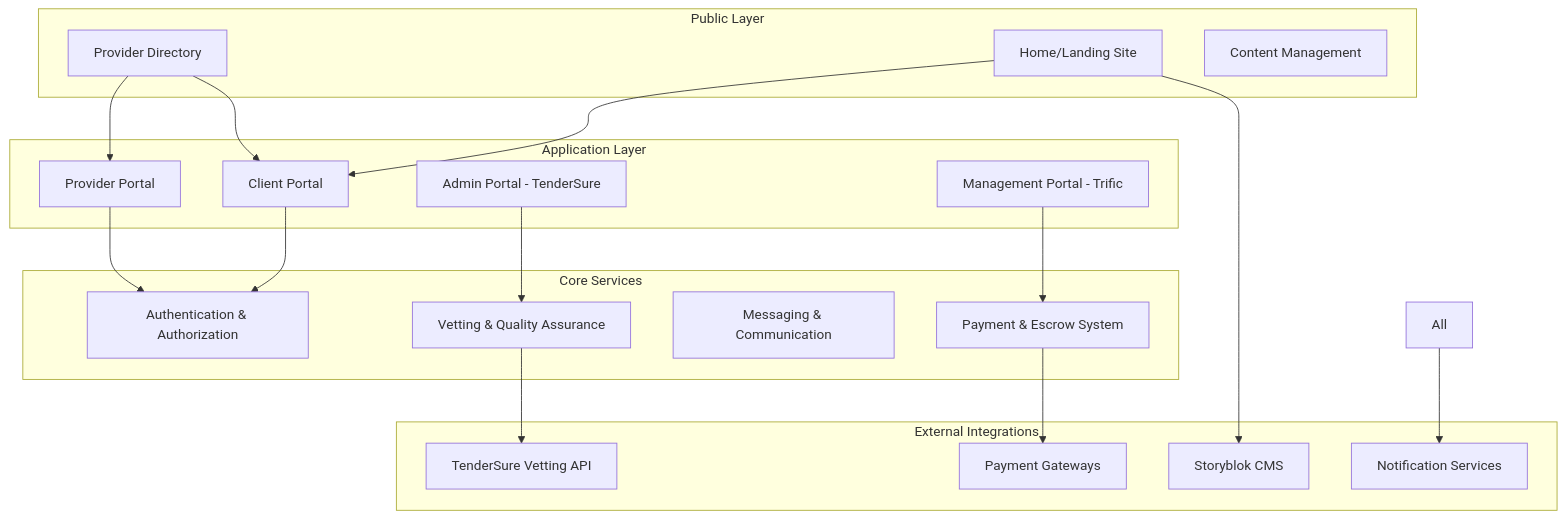
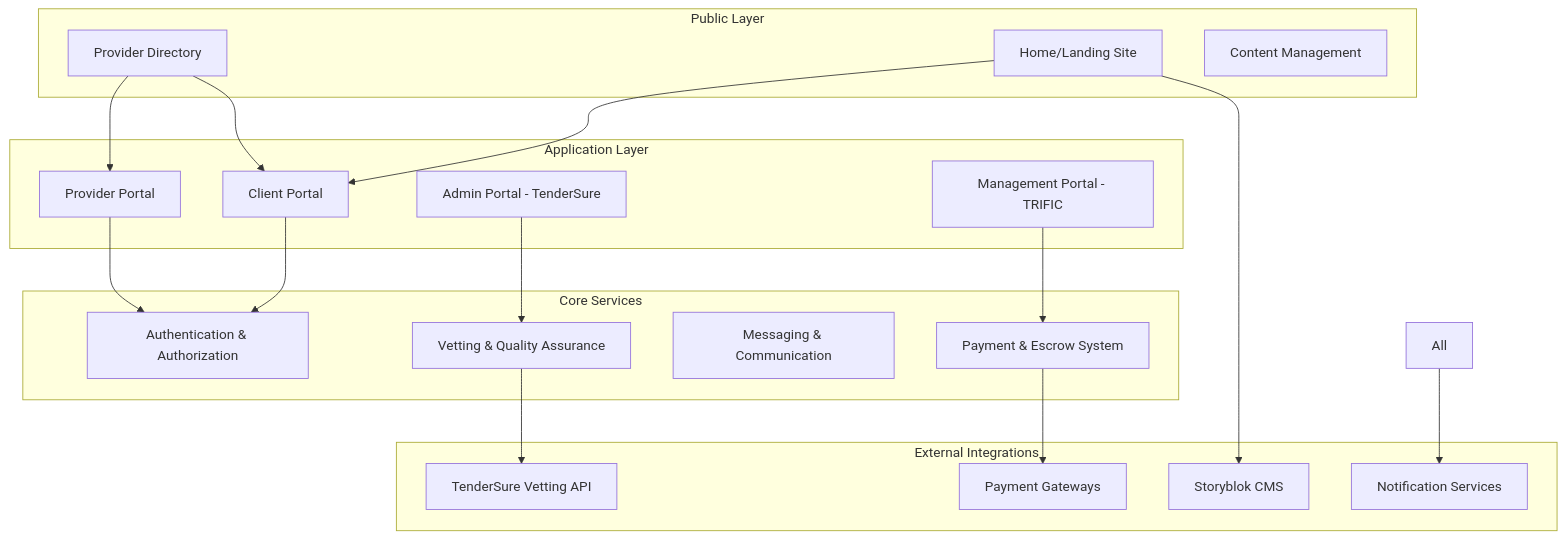
One commit to TenderSure-Africa-SEZ/trific-platform-docs changed the diagram in docs/getting-started/index.md. Above: the diagram before and after it, drawn with Mermaid. The commit also changed other lines of this file and 73 other files, not shown here.

````diff
--- a/docs/getting-started/index.md
+++ b/docs/getting-started/index.md
@@ -34,41 +34,41 @@
 ```mermaid
 graph TB
     subgraph "Public Layer"
         A[Home/Landing Site]
         B[Provider Directory]
         C[Content Management]
     end
 
     subgraph "Application Layer"
         D[Client Portal]
         E[Provider Portal]
         F[Admin Portal - TenderSure]
-        G[Management Portal - Trific]
+        G[Management Portal - TRIFIC]
     end
 
     subgraph "Core Services"
         H[Authentication & Authorization]
         I[Payment & Escrow System]
         J[Messaging & Communication]
         K[Vetting & Quality Assurance]
     end
 
     subgraph "External Integrations"
         L[TenderSure Vetting API]
         M[Payment Gateways]
         N[Storyblok CMS]
         O[Notification Services]
     end
 
     A --> D
     B --> D
     B --> E
     D --> H
     E --> H
     F --> K
     G --> I
     K --> L
     I --> M
     A --> N
     All --> O
 ```
````
